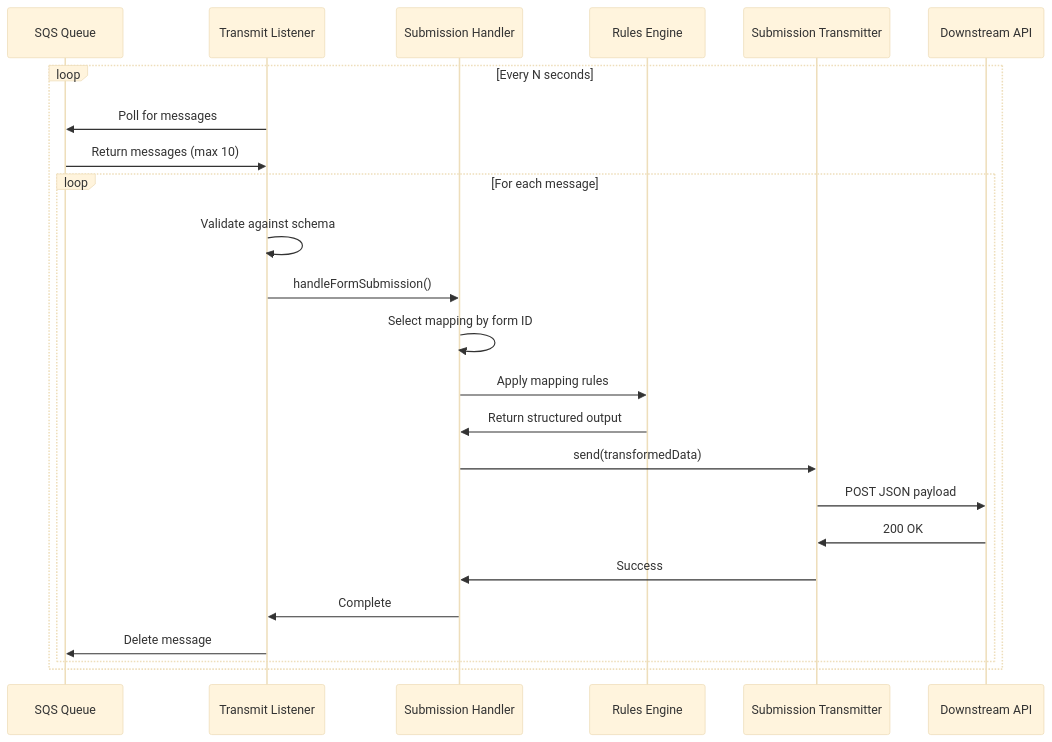
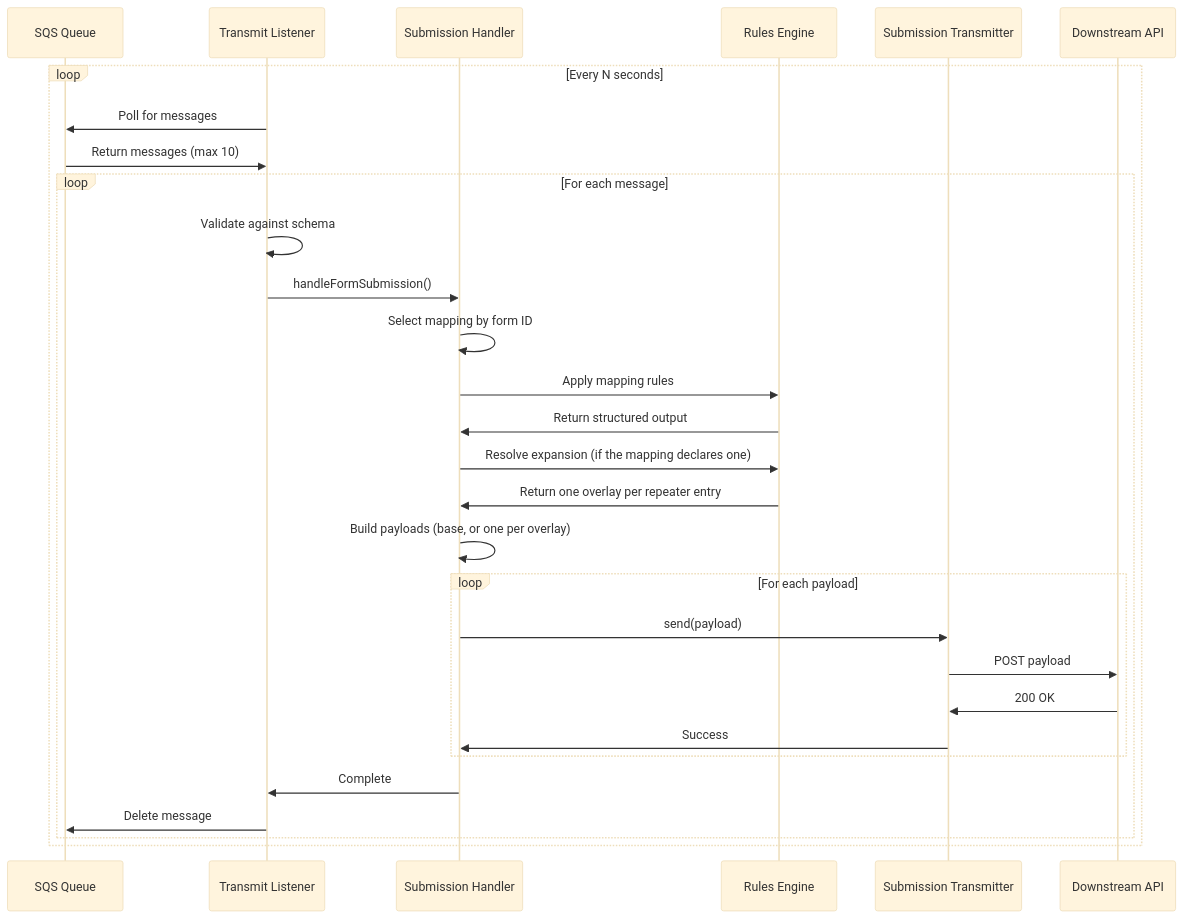
The second of 4 diagrams in docs/02-architecture.md (DEFRA/forms-newls-cwt-listener), drawn with Mermaid (base theme) before and after one commit. The commit also changed other lines of this file and 43 other files, not shown here.

````diff
--- a/docs/02-architecture.md
+++ b/docs/02-architecture.md
@@ -25,28 +25,35 @@
 ```mermaid
 sequenceDiagram
     participant Queue as SQS Queue
     participant Listener as Transmit Listener
     participant Handler as Submission Handler
     participant Engine as Rules Engine
     participant Transmitter as Submission Transmitter
     participant API as Downstream API
 
     loop Every N seconds
         Listener->>Queue: Poll for messages
         Queue->>Listener: Return messages (max 10)
 
         loop For each message
             Listener->>Listener: Validate against schema
             Listener->>Handler: handleFormSubmission()
             Handler->>Handler: Select mapping by form ID
             Handler->>Engine: Apply mapping rules
             Engine->>Handler: Return structured output
-            Handler->>Transmitter: send(transformedData)
-            Transmitter->>API: POST JSON payload
-            API->>Transmitter: 200 OK
-            Transmitter->>Handler: Success
+            Handler->>Engine: Resolve expansion (if the mapping declares one)
+            Engine->>Handler: Return one overlay per repeater entry
+            Handler->>Handler: Build payloads (base, or one per overlay)
+
+            loop For each payload
+                Handler->>Transmitter: send(payload)
+                Transmitter->>API: POST payload
+                API->>Transmitter: 200 OK
+                Transmitter->>Handler: Success
+            end
+
             Handler->>Listener: Complete
             Listener->>Queue: Delete message
         end
     end
 ```
````
